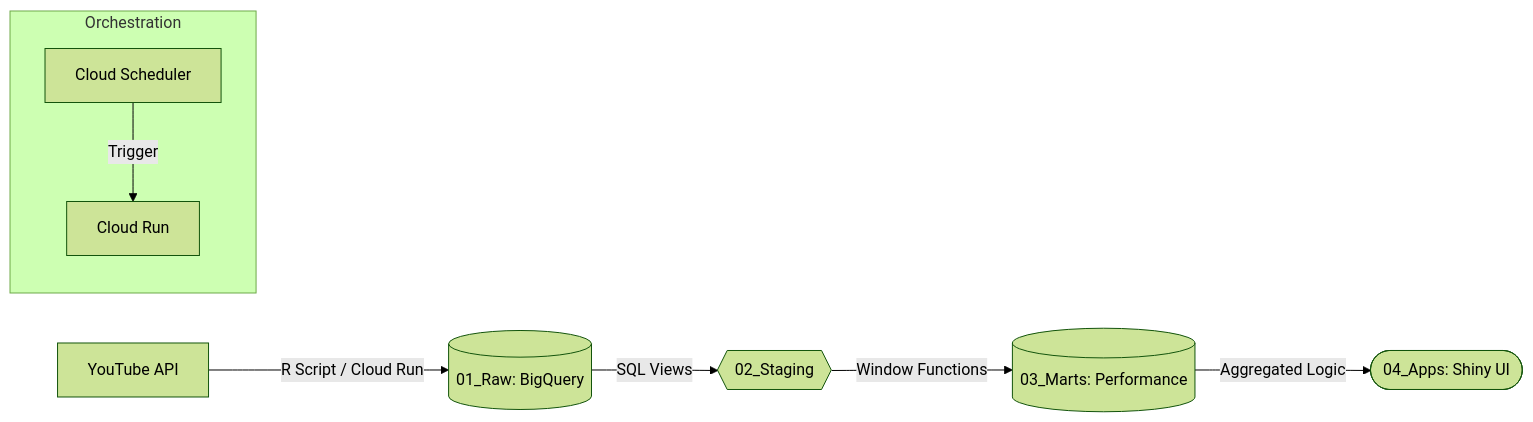
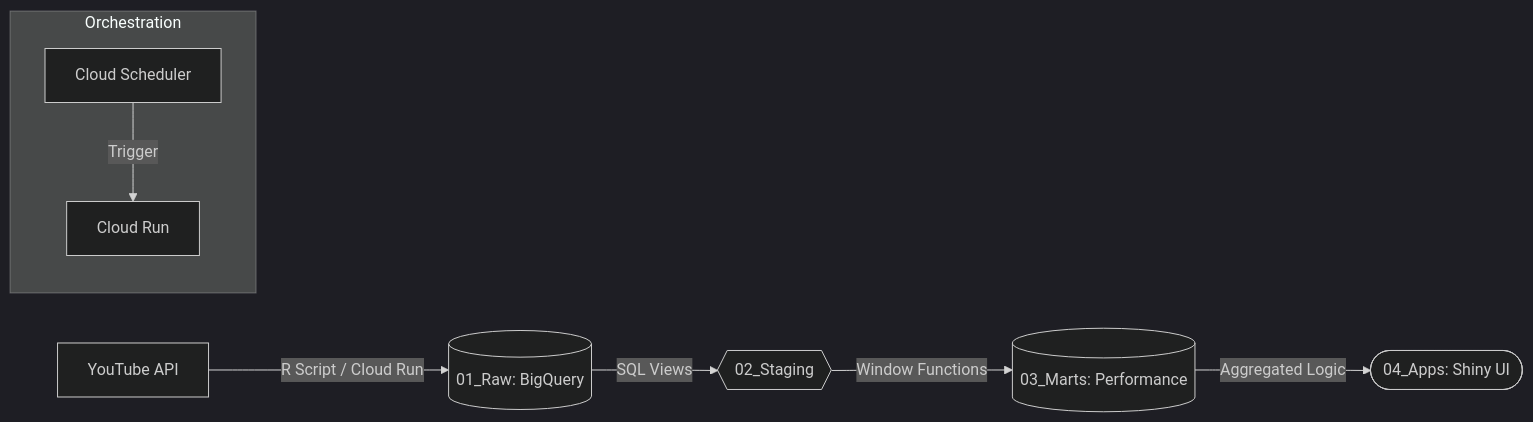
The first of 2 diagrams in README.md (SimonLiles/sailing_channel_dashboard), drawn with Mermaid before and after one commit. The commit also changed other lines of this file and 2 other files, not shown here.

Commit message:
Just more playing with diagram colors

````diff
--- a/README.md
+++ b/README.md
@@ -24,12 +24,12 @@
 ``` mermaid
-%%{init: {'theme': 'forest'}}%%
+%%{init: {'theme': 'dark'}}%%
 flowchart LR
     API[YouTube API] -->|R Script / Cloud Run| Raw[(01_Raw: BigQuery)]
     Raw -->|SQL Views| Stg{{02_Staging}}
     Stg -->|Window Functions| Marts[(03_Marts: Performance)]
     Marts -->|Aggregated Logic| App([04_Apps: Shiny UI])
 
     subgraph Orchestration
     GS[Cloud Scheduler] -->|Trigger| CR[Cloud Run]
     end
 ```
````
